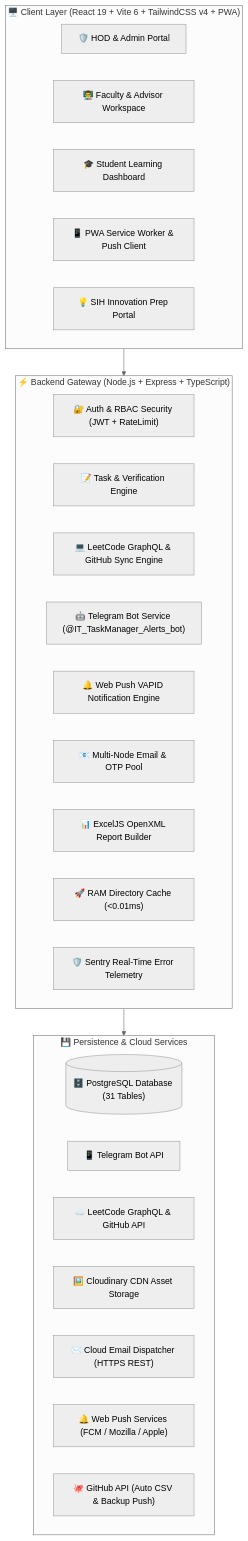
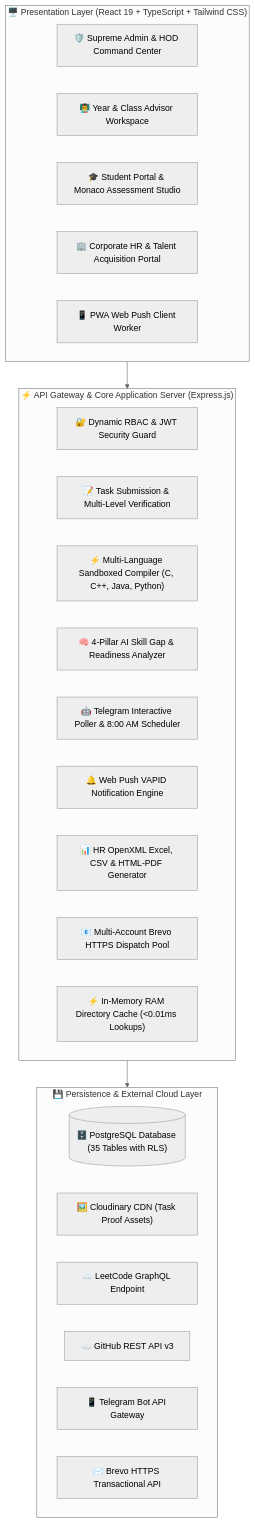
Before and after one commit to Tharun4743/taskmanager: the first of 4 diagrams in README.md, drawn with Mermaid (neutral theme). The commit also changed other lines of this file and 20 other files, not shown here.

Commit message:
feat(sih26044): integrate academic hierarchy, industry coding assessments, and skill intelligence

````diff
--- a/README.md
+++ b/README.md
@@ -66,35 +58,34 @@
 ```mermaid
 flowchart TD
-    subgraph UI["🖥️ Client Layer (React 19 + Vite 6 + TailwindCSS v4 + PWA)"]
-        A1["🛡️ HOD & Admin Portal"]
-        A2["👨‍🏫 Faculty & Advisor Workspace"]
-        A3["🎓 Student Learning Dashboard"]
-        A4["📱 PWA Service Worker & Push Client"]
-        A5["💡 SIH Innovation Prep Portal"]
+    subgraph Client["🖥️ Presentation Layer (React 19 + TypeScript + Tailwind CSS)"]
+        UI_Admin["🛡️ Supreme Admin & HOD Command Center"]
+        UI_Faculty["👨‍🏫 Year & Class Advisor Workspace"]
+        UI_Student["🎓 Student Portal & Monaco Assessment Studio"]
+        UI_Industry["🏢 Corporate HR & Talent Acquisition Portal"]
+        UI_PWA["📱 PWA Web Push Client Worker"]
     end
 
-    subgraph API["⚡ Backend Gateway (Node.js + Express + TypeScript)"]
-        B1["🔐 Auth & RBAC Security (JWT + RateLimit)"]
-        B2["📝 Task & Verification Engine"]
-        B3["💻 LeetCode GraphQL & GitHub Sync Engine"]
-        B4["🤖 Telegram Bot Service (@IT_TaskManager_Alerts_bot)"]
-        B5["🔔 Web Push VAPID Notification Engine"]
-        B6["📧 Multi-Node Email & OTP Pool"]
-        B7["📊 ExcelJS OpenXML Report Builder"]
-        B8["🚀 RAM Directory Cache (<0.01ms)"]
-        B9["🛡️ Sentry Real-Time Error Telemetry"]
+    subgraph Gateway["⚡ API Gateway & Core Application Server (Express.js)"]
+        Auth["🔐 Dynamic RBAC & JWT Security Guard"]
+        TaskEngine["📝 Task Submission & Multi-Level Verification"]
+        Sandbox["⚡ Multi-Language Sandboxed Compiler (C, C++, Java, Python)"]
+        MatchAI["🧠 4-Pillar AI Skill Gap & Readiness Analyzer"]
+        BotEngine["🤖 Telegram Interactive Poller & 8:00 AM Scheduler"]
+        PushEngine["🔔 Web Push VAPID Notification Engine"]
+        ReportEngine["📊 HR OpenXML Excel, CSV & HTML-PDF Generator"]
+        EmailPool["📧 Multi-Account Brevo HTTPS Dispatch Pool"]
+        CacheLayer["⚡ In-Memory RAM Directory Cache (<0.01ms Lookups)"]
     end
 
-    subgraph Storage["💾 Persistence & Cloud Services"]
-        C1[("🗄️ PostgreSQL Database (31 Tables)")]
-        C2["📱 Telegram Bot API"]
-        C3["☁️ LeetCode GraphQL & GitHub API"]
-        C4["🖼️ Cloudinary CDN Asset Storage"]
-        C5["✉️ Cloud Email Dispatcher (HTTPS REST)"]
-        C6["🔔 Web Push Services (FCM / Mozilla / Apple)"]
-        C7["🐙 GitHub API (Auto CSV & Backup Push)"]
+    subgraph Storage["💾 Persistence & External Cloud Layer"]
+        DB[("🗄️ PostgreSQL Database (35 Tables with RLS)")]
+        Cloudinary["🖼️ Cloudinary CDN (Task Proof Assets)"]
+        LeetCodeAPI["☁️ LeetCode GraphQL Endpoint"]
+        GitHubAPI["☁️ GitHub REST API v3"]
+        TelegramAPI["📱 Telegram Bot API Gateway"]
+        BrevoAPI["✉️ Brevo HTTPS Transactional API"]
     end
 
-    UI --> API
-    API --> Storage
+    Client --> Gateway
+    Gateway --> Storage
 ```
````
